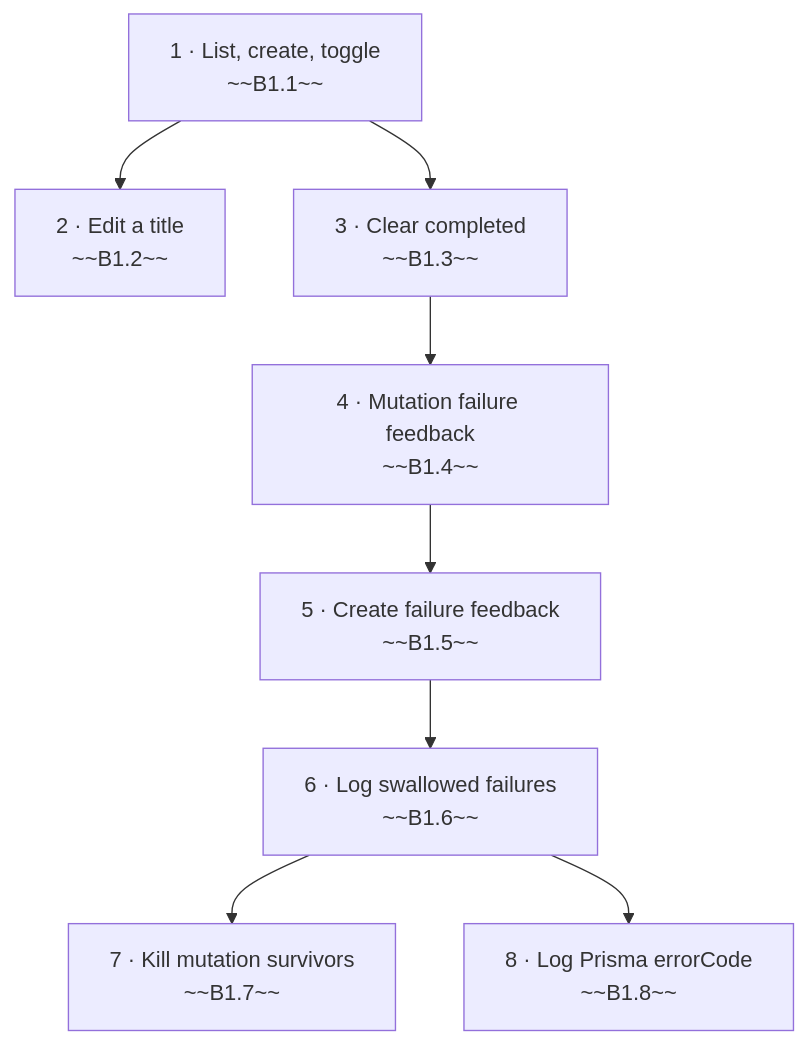
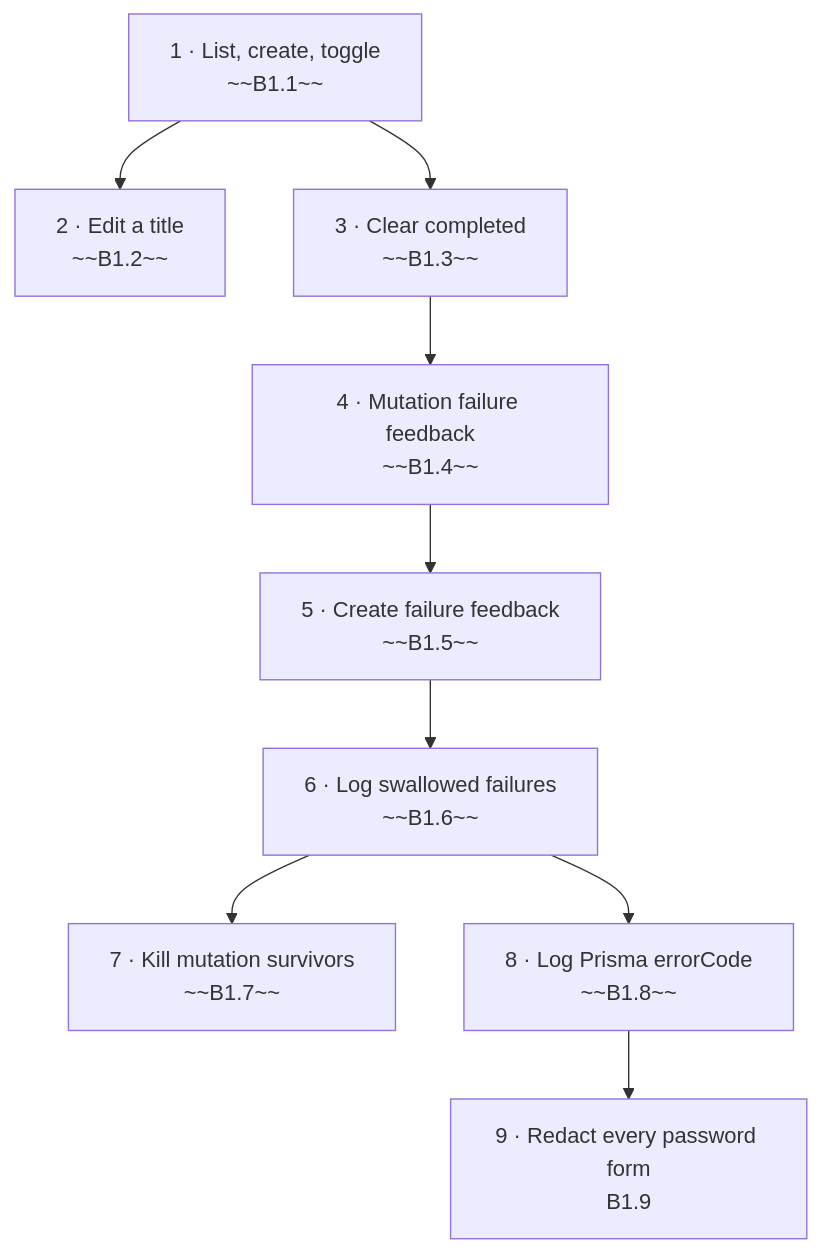
Before and after one commit to st-minhho2/level-up-lab: the diagram in backlog/README.md, drawn with Mermaid. The commit also changed other lines of this file and 9 other files, not shown here.

First line of the commit message:
feat(todos): B1.9 redact every form of the database password (#31)

````diff
--- a/backlog/README.md
+++ b/backlog/README.md
@@ -15,18 +15,20 @@
 ```mermaid
 flowchart TD
   S1["1 · List, create, toggle<br/>~~B1.1~~"]
   S2["2 · Edit a title<br/>~~B1.2~~"]
   S3["3 · Clear completed<br/>~~B1.3~~"]
   S1 --> S2
   S4["4 · Mutation failure feedback<br/>~~B1.4~~"]
   S1 --> S3
   S3 --> S4
   S5["5 · Create failure feedback<br/>~~B1.5~~"]
   S4 --> S5
   S6["6 · Log swallowed failures<br/>~~B1.6~~"]
   S5 --> S6
   S7["7 · Kill mutation survivors<br/>~~B1.7~~"]
   S6 --> S7
   S8["8 · Log Prisma errorCode<br/>~~B1.8~~"]
   S6 --> S8
+  S9["9 · Redact every password form<br/>B1.9"]
+  S8 --> S9
 ```
````
